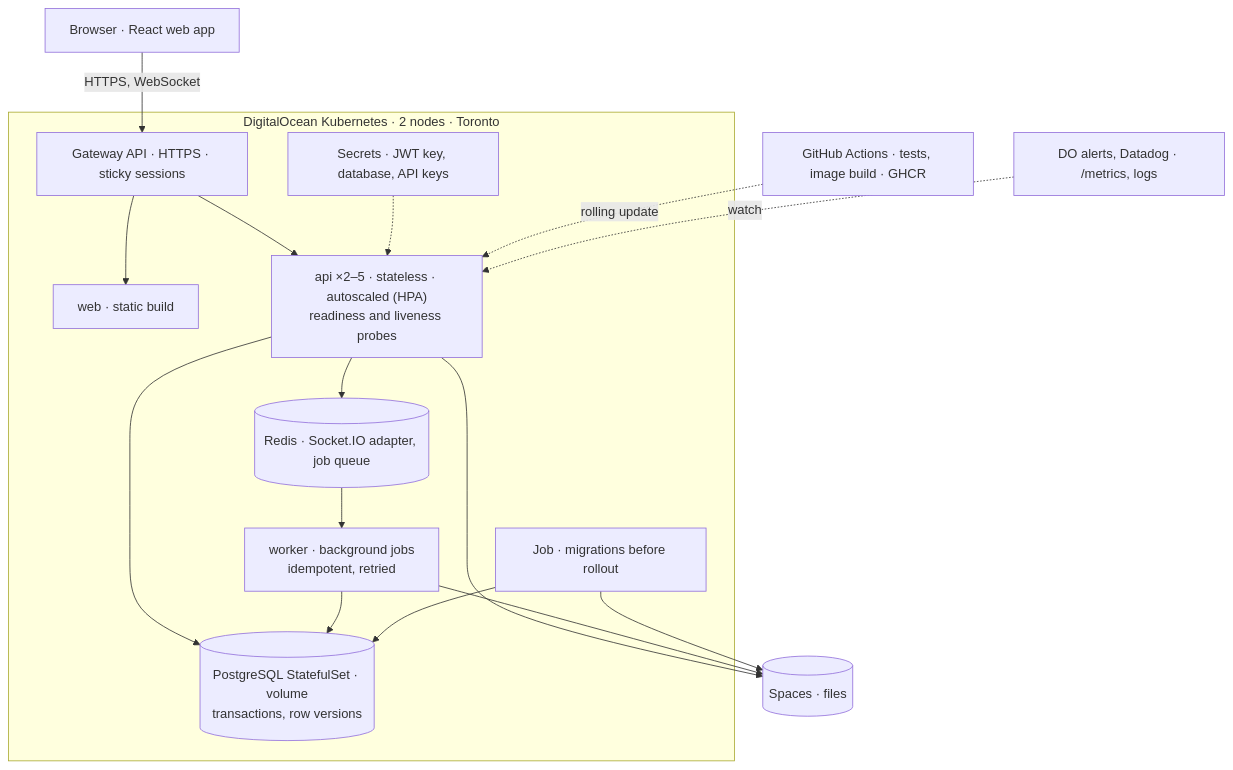
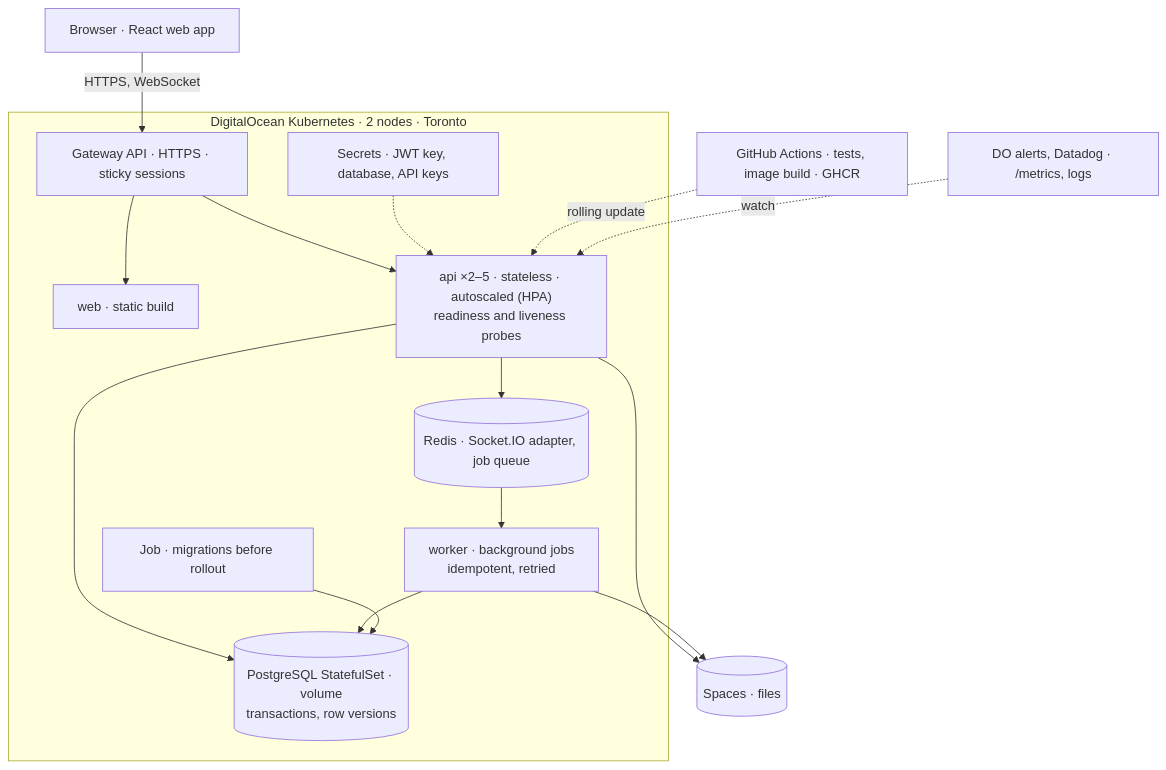
One commit to nabeegh-khan/contentcollab changed the diagram in docs/PROPOSAL.md. Above: the diagram before and after it, drawn with Mermaid.

Commit message:
docs(proposal): drop the backup edge from the diagram

````diff
--- a/docs/PROPOSAL.md
+++ b/docs/PROPOSAL.md
@@ -25,31 +25,30 @@
 ```mermaid
 flowchart TB
   U["Browser · React web app"]
   subgraph DOKS["DigitalOcean Kubernetes · 2 nodes · Toronto"]
     GW["Gateway API · HTTPS · sticky sessions"]
     W["web · static build"]
     A["api ×2–5 · stateless · autoscaled (HPA)<br/>readiness and liveness probes"]
     K["worker · background jobs<br/>idempotent, retried"]
     R[("Redis · Socket.IO adapter, job queue")]
     P[("PostgreSQL StatefulSet · volume<br/>transactions, row versions")]
     J["Job · migrations before rollout"]
     SEC["Secrets · JWT key, database, API keys"]
   end
   S[("Spaces · files")]
   CI["GitHub Actions · tests, image build · GHCR"]
   M["DO alerts, Datadog · /metrics, logs"]
   U -- "HTTPS, WebSocket" --> GW
   GW --> W
   GW --> A
   A --> R
   R --> K
   A --> P
   K --> P
   A --> S
   K --> S
   J --> P
-  J --> S
   SEC -.-> A
   CI -. "rolling update" .-> A
   M -. watch .-> A
 ```
````
